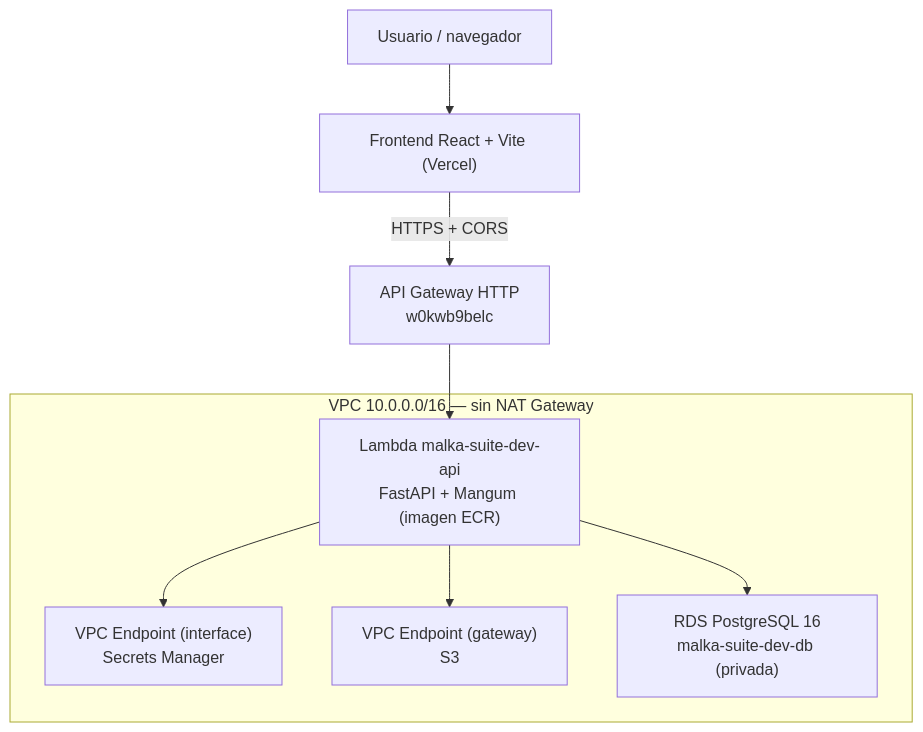
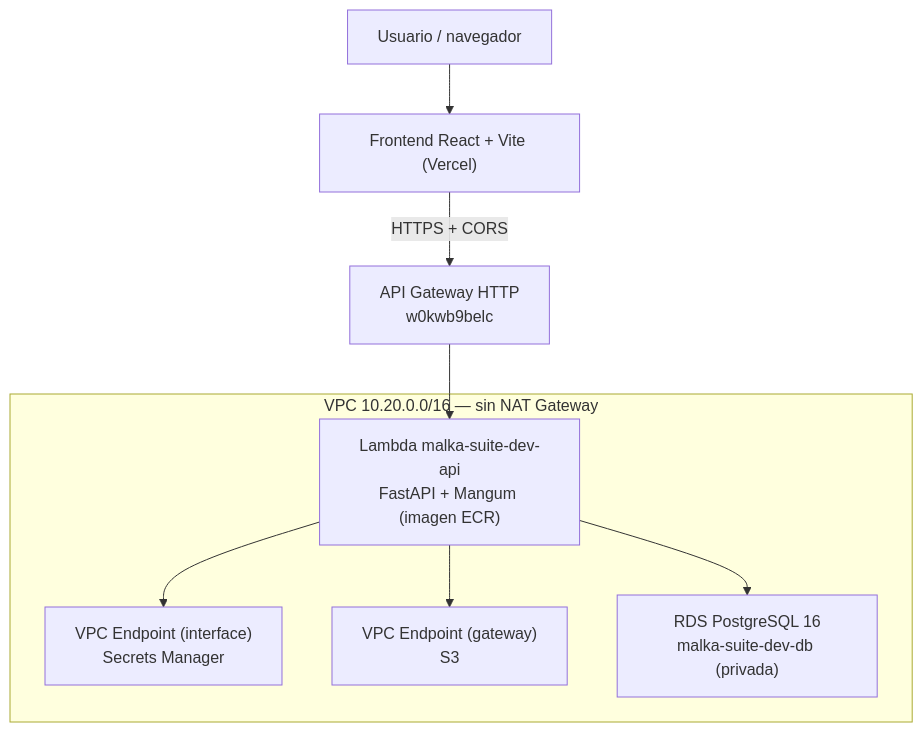
Before and after one commit to Reinas-Malka/backend-malka: the diagram in README.md, drawn with Mermaid. The commit also changed other lines of this file, not shown here.

````diff
--- a/README.md
+++ b/README.md
@@ -20,15 +39,15 @@
 ```mermaid
 flowchart TB
     U["Usuario / navegador"] --> FE["Frontend React + Vite (Vercel)"]
     FE -->|"HTTPS + CORS"| AGW["API Gateway HTTP<br/>w0kwb9belc"]
     AGW --> L
-    subgraph VPC["VPC 10.0.0.0/16 — sin NAT Gateway"]
+    subgraph VPC["VPC 10.20.0.0/16 — sin NAT Gateway"]
         L["Lambda malka-suite-dev-api<br/>FastAPI + Mangum (imagen ECR)"]
         VE1["VPC Endpoint (interface)<br/>Secrets Manager"]
         VE2["VPC Endpoint (gateway)<br/>S3"]
         DB["RDS PostgreSQL 16<br/>malka-suite-dev-db (privada)"]
         L --> VE1
         L --> VE2
         L --> DB
     end
 ```
````
